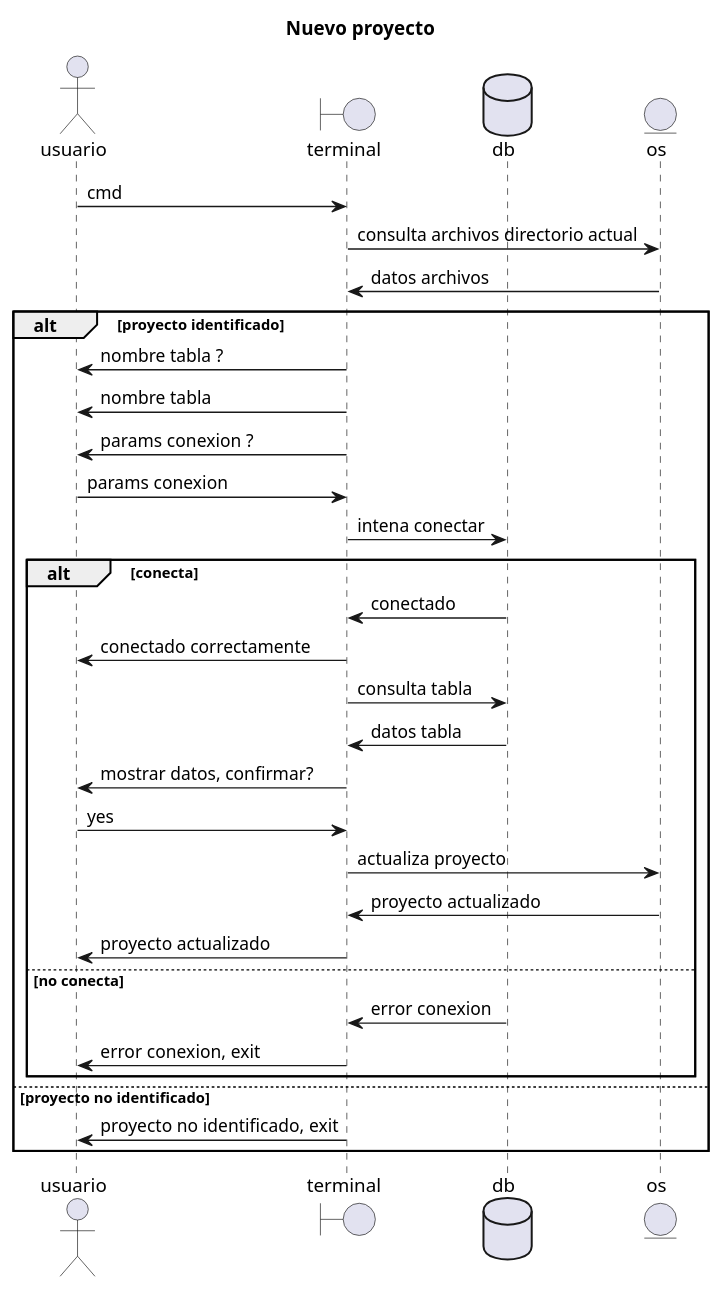
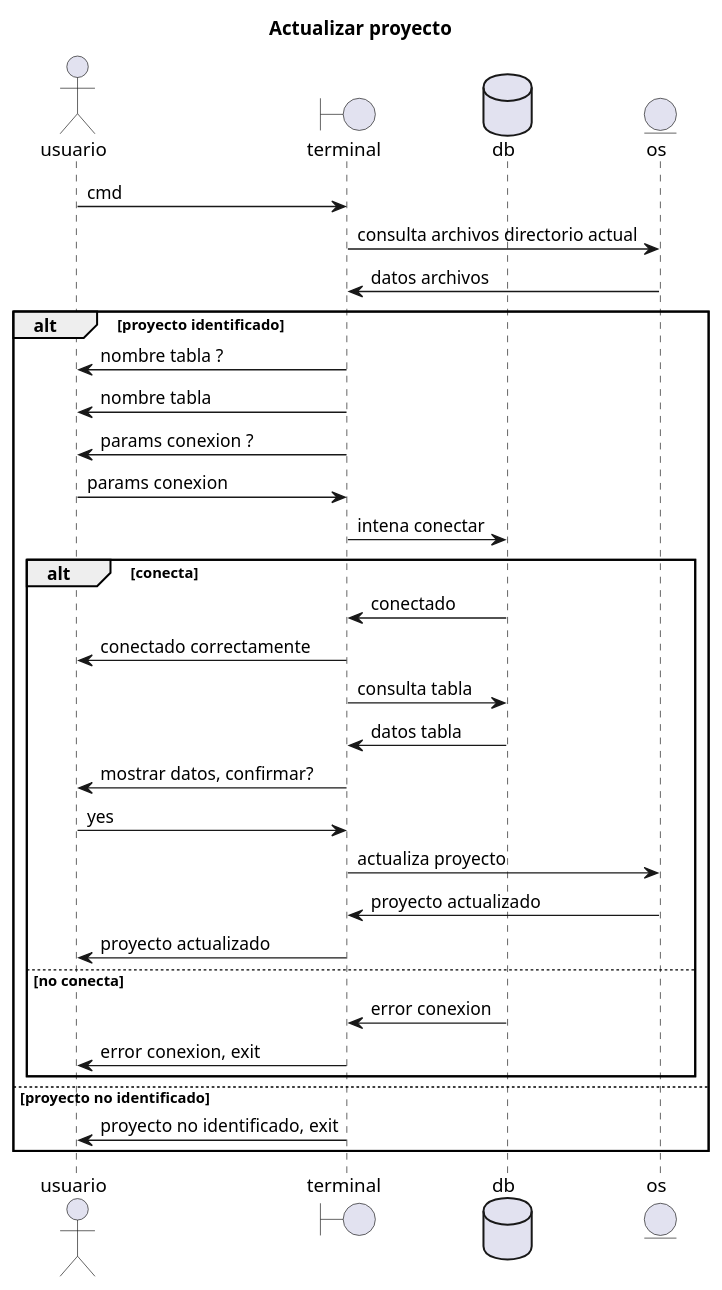
Before and after one commit to eddyvy/tfg-go-cli: the diagram in diagrams/sequence_update.puml, drawn with PlantUML. The commit also changed 6 other files, not shown here.

```diff
--- a/diagrams/sequence_update.puml
+++ b/diagrams/sequence_update.puml
@@ -1,40 +1,40 @@
 @startuml update_project
 
-title Nuevo proyecto
+title Actualizar proyecto
 
 actor usuario as user
 boundary terminal as term
 database db as db
 entity os as os
 
 user -> term : cmd
 term -> os : consulta archivos directorio actual
 os -> term : datos archivos
 
 alt proyecto identificado
   term -> user : nombre tabla ?
   term -> user : nombre tabla
   term -> user : params conexion ?
   user -> term : params conexion
   term -> db : intena conectar
 
   alt conecta
     db -> term : conectado
     term -> user : conectado correctamente
     term -> db : consulta tabla
     db -> term : datos tabla
     term -> user : mostrar datos, confirmar?
     user -> term : yes
     term -> os : actualiza proyecto
     os -> term : proyecto actualizado
     term -> user : proyecto actualizado
   else no conecta
     db -> term : error conexion
     term -> user : error conexion, exit
   end
 
 else proyecto no identificado
   term -> user : proyecto no identificado, exit
 end
 
 @enduml
```
